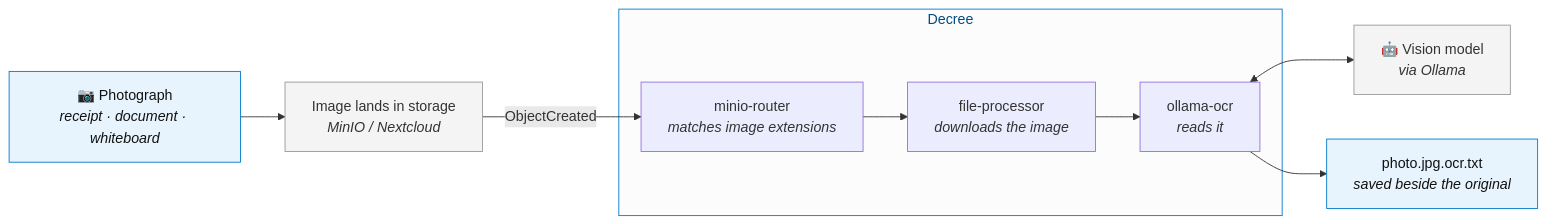
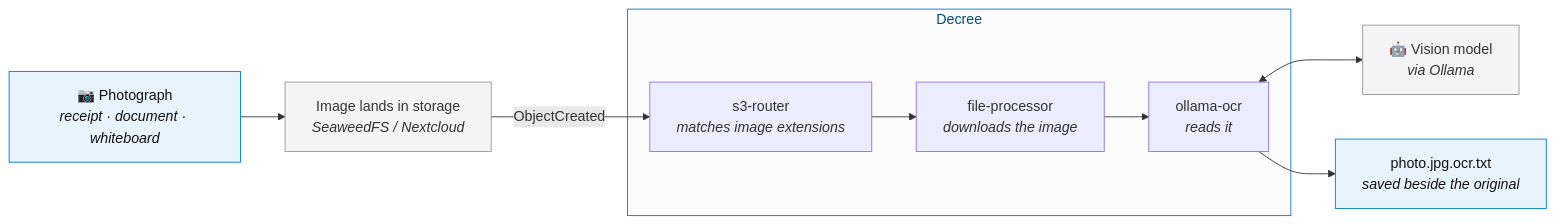
One commit to jtmckay/existential changed the diagram in site/docs/flows/image-ocr.md. Above: the diagram before and after it, drawn with Mermaid. The commit also changed other lines of this file and 113 other files, not shown here.

````diff
--- a/site/docs/flows/image-ocr.md
+++ b/site/docs/flows/image-ocr.md
@@ -13,26 +13,26 @@
 ```mermaid
 flowchart LR
     cam["📷 Photograph<br/><i>receipt · document · whiteboard</i>"]
-    land["Image lands in storage<br/><i>MinIO / Nextcloud</i>"]
+    land["Image lands in storage<br/><i>SeaweedFS / Nextcloud</i>"]
 
     subgraph decree["Decree"]
-        route["minio-router<br/><i>matches image extensions</i>"]
+        route["s3-router<br/><i>matches image extensions</i>"]
         proc["file-processor<br/><i>downloads the image</i>"]
         ocr["ollama-ocr<br/><i>reads it</i>"]
         route --> proc --> ocr
     end
 
     vision["🤖 Vision model<br/><i>via Ollama</i>"]
     out["photo.jpg.ocr.txt<br/><i>saved beside the original</i>"]
 
     cam --> land
     land -->|"ObjectCreated"| route
     ocr <--> vision
     ocr --> out
 
     classDef you fill:#e8f4fd,stroke:#027bcb,color:#111
     classDef step fill:#f4f4f4,stroke:#999,color:#333
     class cam,out you
     class land,vision step
     style decree fill:#fcfcfc,stroke:#027bcb,stroke-width:1px,color:#014d80
 ```
````
